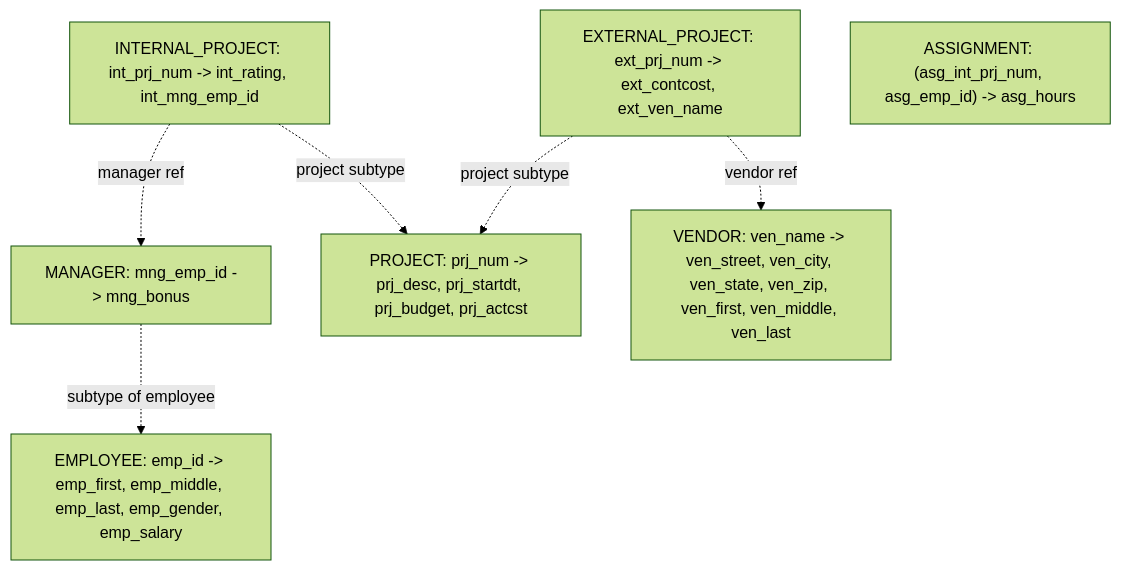
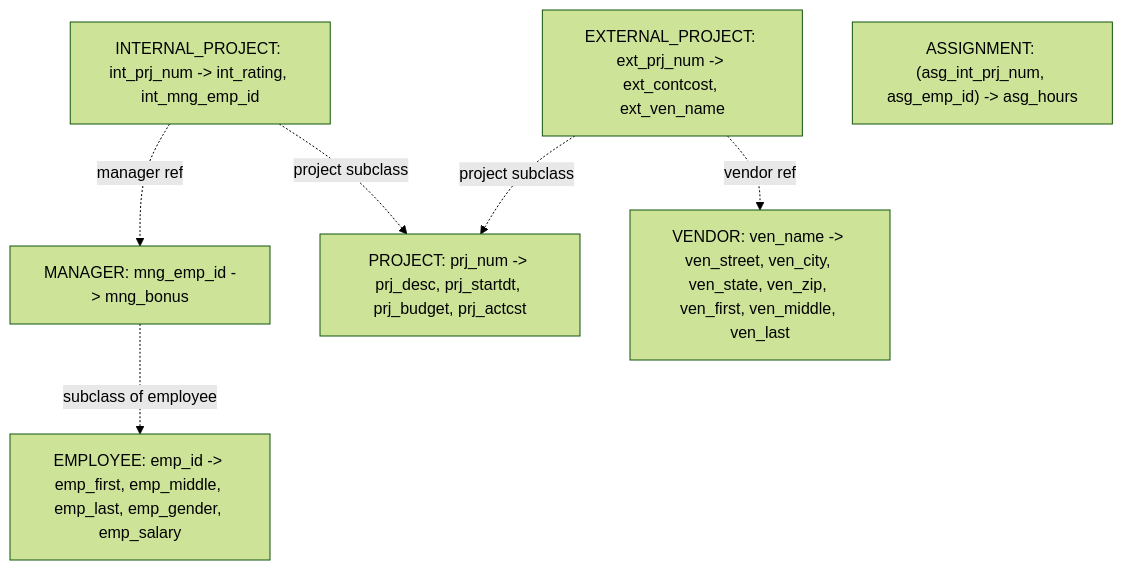
Before and after one commit to kiganyamburu/is7032: the diagram in Figure2_Validated_DependencyDiagrams.mmd, drawn with Mermaid (forest theme). The commit also changed 16 other files, not shown here.

```diff
--- a/Figure2_Validated_DependencyDiagrams.mmd
+++ b/Figure2_Validated_DependencyDiagrams.mmd
@@ -1,14 +1,14 @@
 flowchart TB
   A["EMPLOYEE: emp_id -> emp_first, emp_middle, emp_last, emp_gender, emp_salary"]
   B["MANAGER: mng_emp_id -> mng_bonus"]
   C["PROJECT: prj_num -> prj_desc, prj_startdt, prj_budget, prj_actcst"]
   D["INTERNAL_PROJECT: int_prj_num -> int_rating, int_mng_emp_id"]
   E["EXTERNAL_PROJECT: ext_prj_num -> ext_contcost, ext_ven_name"]
   F["VENDOR: ven_name -> ven_street, ven_city, ven_state, ven_zip, ven_first, ven_middle, ven_last"]
   G["ASSIGNMENT: (asg_int_prj_num, asg_emp_id) -> asg_hours"]
 
-  B -. subtype of employee .-> A
-  D -. project subtype .-> C
-  E -. project subtype .-> C
+  B -. subclass of employee .-> A
+  D -. project subclass .-> C
+  E -. project subclass .-> C
   D -. manager ref .-> B
   E -. vendor ref .-> F
```
